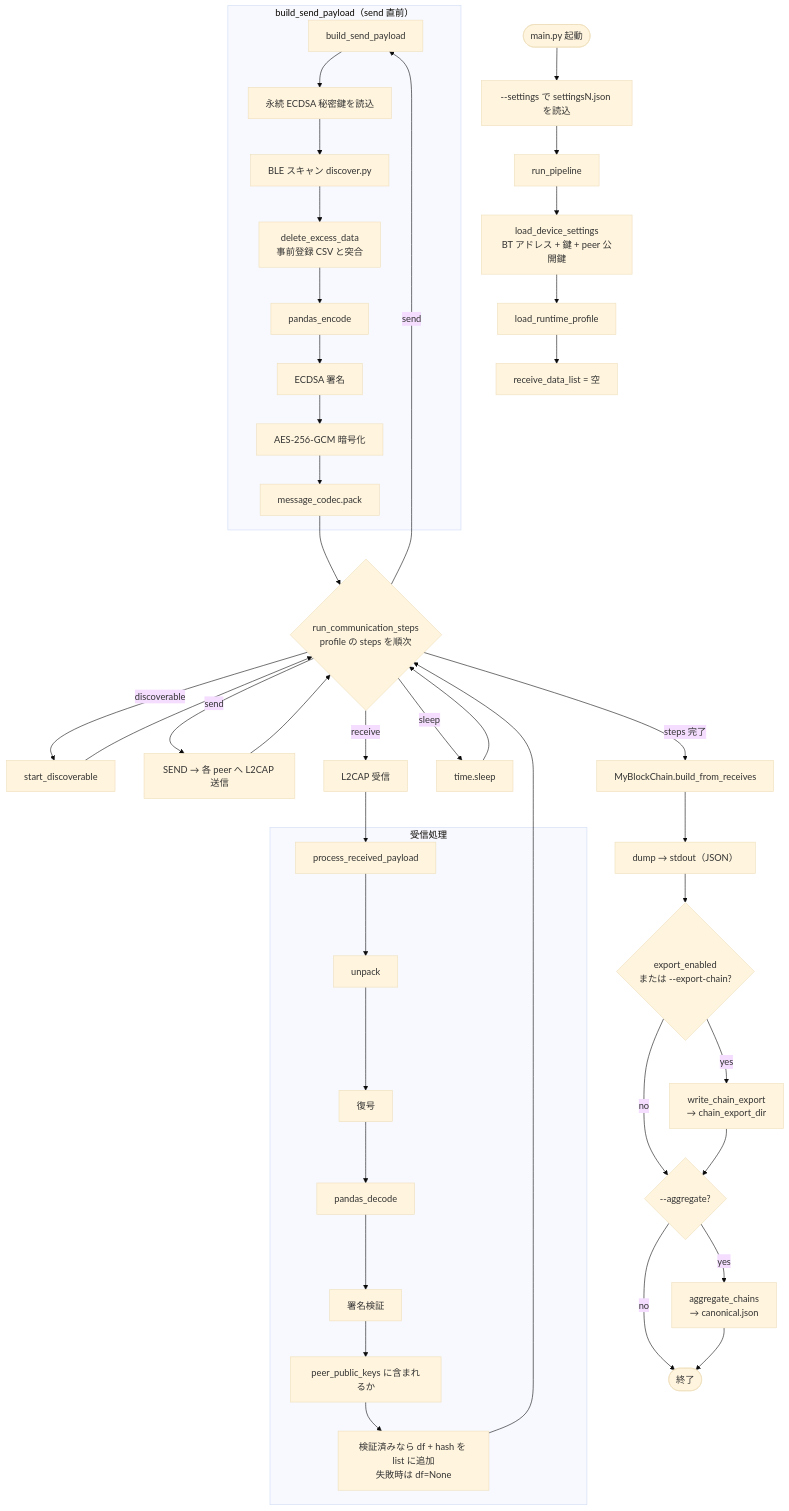
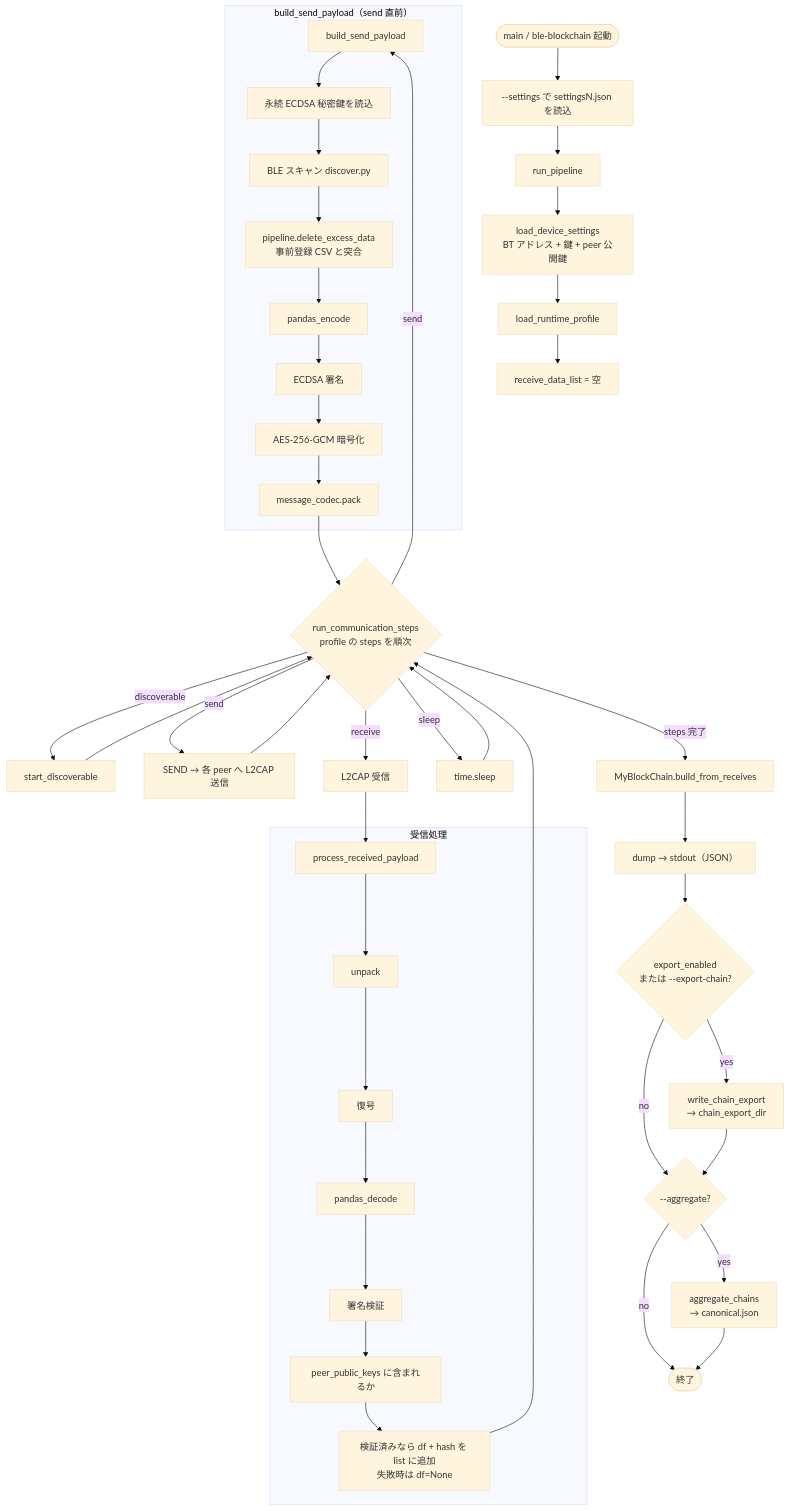
The first of 2 diagrams in README.md (T3pp31/BLE_Blockchain), drawn with Mermaid (base theme) before and after one commit. The commit also changed other lines of this file and 67 other files, not shown here.

First line of the commit message:
アプリを src/ble_blockchain パッケージに移し、ドキュメントを現行構成に合わせて更新する。

````diff
--- a/README.md
+++ b/README.md
@@ -164,52 +190,52 @@
 ```mermaid
 flowchart TD
-    Start([main.py 起動]) --> Parse["--settings で settingsN.json を読込"]
+    Start([main / ble-blockchain 起動]) --> Parse["--settings で settingsN.json を読込"]
     Parse --> RunPipe[run_pipeline]
 
     RunPipe --> LoadSet["load_device_settings<br/>BT アドレス + 鍵 + peer 公開鍵"]
     LoadSet --> LoadProf[load_runtime_profile]
     LoadProf --> InitRecv[receive_data_list = 空]
 
     subgraph build_on_send["build_send_payload（send 直前）"]
         BuildPayload[build_send_payload] --> LoadKey[永続 ECDSA 秘密鍵を読込]
         LoadKey --> Scan[BLE スキャン discover.py]
-        Scan --> Filter[delete_excess_data<br/>事前登録 CSV と突合]
+        Scan --> Filter[pipeline.delete_excess_data<br/>事前登録 CSV と突合]
         Filter --> EncPlain[pandas_encode]
         EncPlain --> Sign[ECDSA 署名]
         Sign --> AES[AES-256-GCM 暗号化]
         AES --> Pack[message_codec.pack]
     end
 
     Pack --> StepsLoop{"run_communication_steps<br/>profile の steps を順次"}
 
     StepsLoop -->|discoverable| Disc[start_discoverable]
     StepsLoop -->|send| BuildPayload
     StepsLoop -->|send| Send["SEND → 各 peer へ L2CAP 送信"]
     StepsLoop -->|receive| Recv[L2CAP 受信]
     StepsLoop -->|sleep| Sleep[time.sleep]
 
     Recv --> Proc[process_received_payload]
     subgraph verify["受信処理"]
         Proc --> Unpack[unpack]
         Unpack --> Decrypt[復号]
         Decrypt --> Decode[pandas_decode]
         Decode --> VerifySig[署名検証]
         VerifySig --> TrustKey["peer_public_keys に含まれるか"]
         TrustKey --> Append["検証済みなら df + hash を list に追加<br/>失敗時は df=None"]
     end
 
     Disc --> StepsLoop
     Send --> StepsLoop
     Append --> StepsLoop
     Sleep --> StepsLoop
 
     StepsLoop -->|steps 完了| Chain[MyBlockChain.build_from_receives]
     Chain --> Dump["dump → stdout（JSON）"]
     Dump --> ExportCheck{export_enabled<br/>または --export-chain?}
     ExportCheck -->|yes| Export["write_chain_export<br/>→ chain_export_dir"]
     ExportCheck -->|no| AggCheck
     Export --> AggCheck{--aggregate?}
     AggCheck -->|yes| Aggregate["aggregate_chains<br/>→ canonical.json"]
     AggCheck -->|no| End
     Aggregate --> End([終了])
 ```
````
